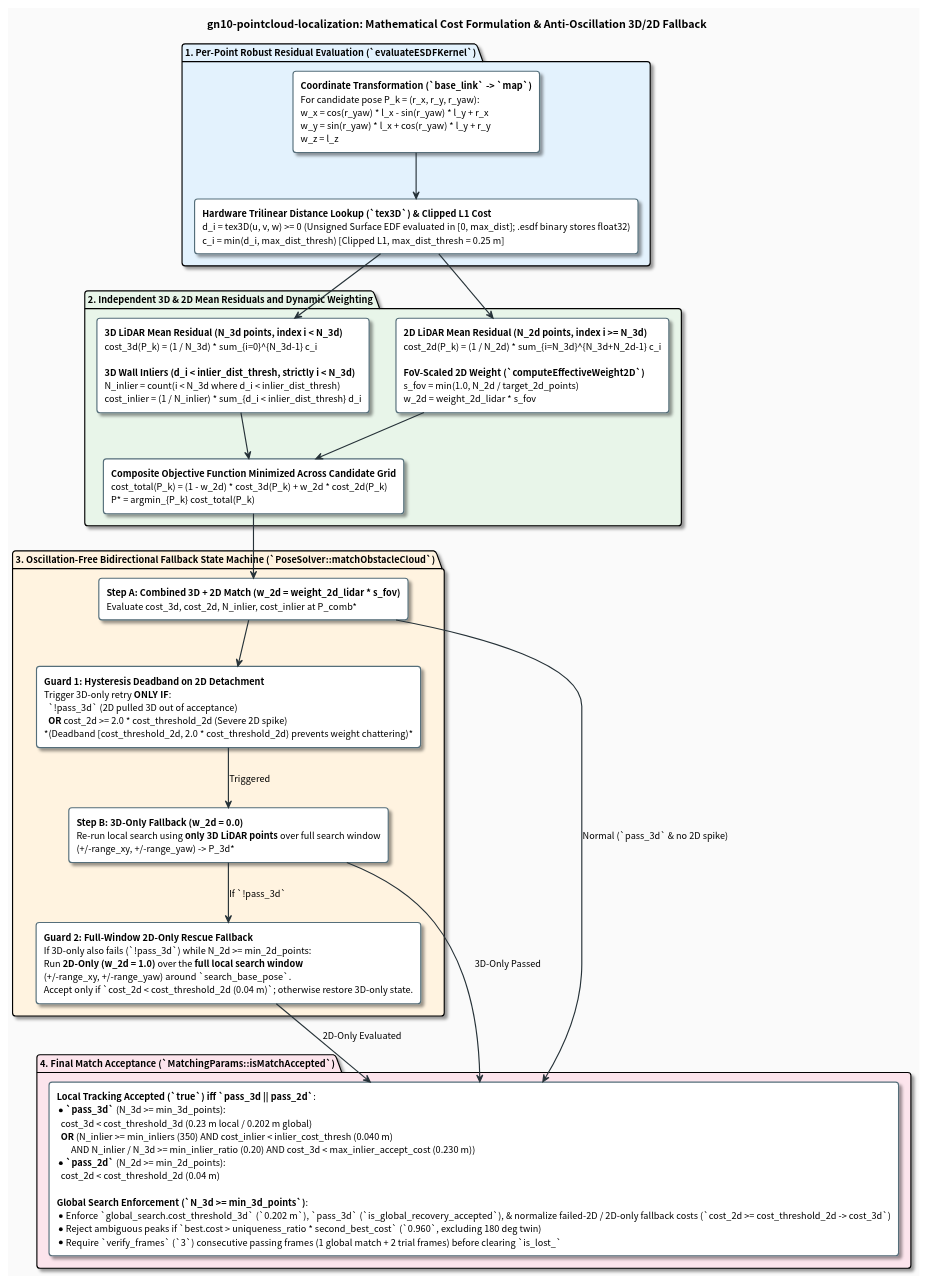
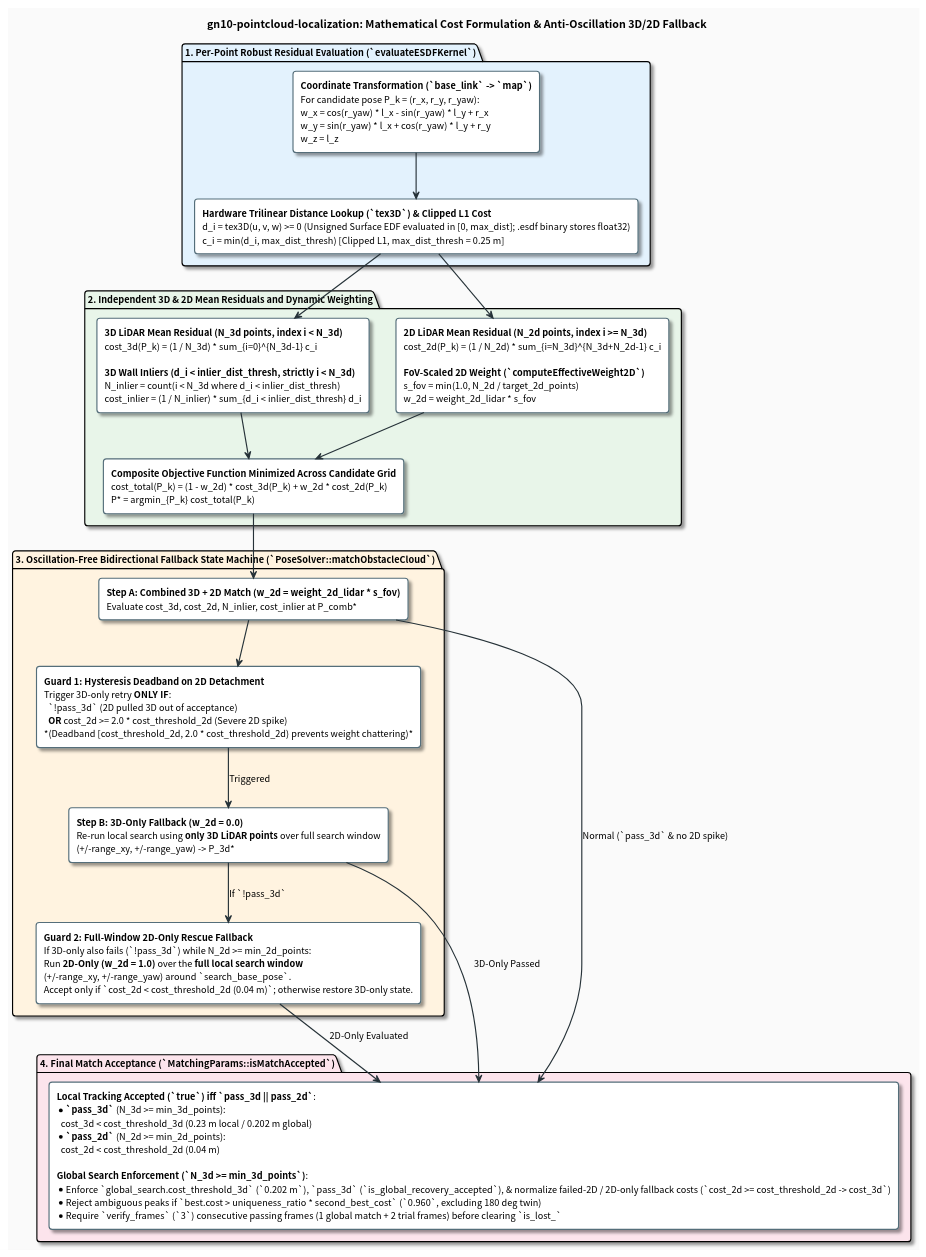
The diagram in docs/matching_cost_and_weighting.pu (tmcit-ararobo-2026a/gn10-pointcloud-localization), drawn with PlantUML before and after one commit. The commit also changed 14 other files, not shown here.

```diff
--- a/docs/matching_cost_and_weighting.pu
+++ b/docs/matching_cost_and_weighting.pu
@@ -1,70 +1,70 @@
 @startuml matching_cost_and_weighting
 skinparam backgroundColor #FAFAFA
 skinparam defaultFontName "Roboto, Noto Sans CJK JP, sans-serif"
 skinparam defaultFontSize 12
 skinparam roundCorner 8
 skinparam shadowing true
 skinparam ArrowColor #263238
 skinparam ArrowThickness 1.5
 
 skinparam rectangle {
     BackgroundColor #FFFFFF
     BorderColor #546E7A
     BorderThickness 1.5
 }
 
 skinparam note {
     BackgroundColor #FFF8E1
     BorderColor #FFB300
     FontColor #263238
 }
 
 title **gn10-pointcloud-localization: Mathematical Cost Formulation & Anti-Oscillation 3D/2D Fallback**
 
 package "1. Per-Point Robust Residual Evaluation (`evaluateESDFKernel`)" #E3F2FD {
     rectangle "**Coordinate Transformation (`base_link` -> `map`)**\nFor candidate pose P_k = (r_x, r_y, r_yaw):\nw_x = cos(r_yaw) * l_x - sin(r_yaw) * l_y + r_x\nw_y = sin(r_yaw) * l_x + cos(r_yaw) * l_y + r_y\nw_z = l_z" as TF_EQ
 
     rectangle "**Hardware Trilinear Distance Lookup (`tex3D`) & Clipped L1 Cost**\nd_i = tex3D(u, v, w) >= 0  (Unsigned Surface EDF evaluated in [0, max_dist]; .esdf binary stores float32)\nc_i = min(d_i, max_dist_thresh)  [Clipped L1, max_dist_thresh = 0.25 m]" as CLIP_EQ
 
     TF_EQ -down-> CLIP_EQ
 }
 
 package "2. Independent 3D & 2D Mean Residuals and Dynamic Weighting" #E8F5E9 {
     rectangle "**3D LiDAR Mean Residual (N_3d points, index i < N_3d)**\ncost_3d(P_k) = (1 / N_3d) * sum_{i=0}^{N_3d-1} c_i\n\n**3D Wall Inliers (d_i < inlier_dist_thresh, strictly i < N_3d)**\nN_inlier = count(i < N_3d where d_i < inlier_dist_thresh)\ncost_inlier = (1 / N_inlier) * sum_{d_i < inlier_dist_thresh} d_i" as COST_3D
 
     rectangle "**2D LiDAR Mean Residual (N_2d points, index i >= N_3d)**\ncost_2d(P_k) = (1 / N_2d) * sum_{i=N_3d}^{N_3d+N_2d-1} c_i\n\n**FoV-Scaled 2D Weight (`computeEffectiveWeight2D`)**\ns_fov = min(1.0, N_2d / target_2d_points)\nw_2d = weight_2d_lidar * s_fov" as COST_2D
 
     rectangle "**Composite Objective Function Minimized Across Candidate Grid**\ncost_total(P_k) = (1 - w_2d) * cost_3d(P_k) + w_2d * cost_2d(P_k)\nP* = argmin_{P_k} cost_total(P_k)" as COMP_EQ
 
     COST_3D -down-> COMP_EQ
     COST_2D -down-> COMP_EQ
 }
 
 CLIP_EQ -down-> COST_3D
 CLIP_EQ -down-> COST_2D
 
 package "3. Oscillation-Free Bidirectional Fallback State Machine (`PoseSolver::matchObstacleCloud`)" #FFF3E0 {
     rectangle "**Step A: Combined 3D + 2D Match (w_2d = weight_2d_lidar * s_fov)**\nEvaluate cost_3d, cost_2d, N_inlier, cost_inlier at P_comb*" as STEP_A
 
     rectangle "**Guard 1: Hysteresis Deadband on 2D Detachment**\nTrigger 3D-only retry **ONLY IF**:\n  `!pass_3d` (2D pulled 3D out of acceptance)\n  **OR** cost_2d >= 2.0 * cost_threshold_2d (Severe 2D spike)\n*(Deadband [cost_threshold_2d, 2.0 * cost_threshold_2d) prevents weight chattering)*" as GUARD_1
 
     rectangle "**Step B: 3D-Only Fallback (w_2d = 0.0)**\nRe-run local search using **only 3D LiDAR points** over full search window\n(+/-range_xy, +/-range_yaw) -> P_3d*" as STEP_B
 
     rectangle "**Guard 2: Full-Window 2D-Only Rescue Fallback**\nIf 3D-only also fails (`!pass_3d`) while N_2d >= min_2d_points:\nRun **2D-Only (w_2d = 1.0)** over the **full local search window**\n(+/-range_xy, +/-range_yaw) around `search_base_pose`.\nAccept only if `cost_2d < cost_threshold_2d (0.04 m)`; otherwise restore 3D-only state." as STEP_C
 
     STEP_A -down-> GUARD_1
     GUARD_1 -down-> STEP_B : Triggered
     STEP_B -down-> STEP_C : If `!pass_3d`
 }
 
 COMP_EQ -down-> STEP_A
 
 package "4. Final Match Acceptance (`MatchingParams::isMatchAccepted`)" #FCE4EC {
-    rectangle "**Local Tracking Accepted (`true`) iff `pass_3d || pass_2d`**:\n* **`pass_3d`** (N_3d >= min_3d_points):\n  cost_3d < cost_threshold_3d (0.23 m local / 0.202 m global)\n  **OR** (N_inlier >= min_inliers (350) AND cost_inlier < inlier_cost_thresh (0.040 m)\n       AND N_inlier / N_3d >= min_inlier_ratio (0.20) AND cost_3d < max_inlier_accept_cost (0.230 m))\n* **`pass_2d`** (N_2d >= min_2d_points):\n  cost_2d < cost_threshold_2d (0.04 m)\n\n**Global Search Enforcement (`N_3d >= min_3d_points`)**:\n* Enforce `global_search.cost_threshold_3d` (`0.202 m`), `pass_3d` (`is_global_recovery_accepted`), & normalize failed-2D / 2D-only fallback costs (`cost_2d >= cost_threshold_2d -> cost_3d`)\n* Reject ambiguous peaks if `best.cost > uniqueness_ratio * second_best_cost` (`0.960`, excluding 180 deg twin)\n* Require `verify_frames` (`3`) consecutive passing frames (1 global match + 2 trial frames) before clearing `is_lost_`" as FINAL_ACCEPT
+    rectangle "**Local Tracking Accepted (`true`) iff `pass_3d || pass_2d`**:\n* **`pass_3d`** (N_3d >= min_3d_points):\n  cost_3d < cost_threshold_3d (0.23 m local / 0.202 m global)\n* **`pass_2d`** (N_2d >= min_2d_points):\n  cost_2d < cost_threshold_2d (0.04 m)\n\n**Global Search Enforcement (`N_3d >= min_3d_points`)**:\n* Enforce `global_search.cost_threshold_3d` (`0.202 m`), `pass_3d` (`is_global_recovery_accepted`), & normalize failed-2D / 2D-only fallback costs (`cost_2d >= cost_threshold_2d -> cost_3d`)\n* Reject ambiguous peaks if `best.cost > uniqueness_ratio * second_best_cost` (`0.960`, excluding 180 deg twin)\n* Require `verify_frames` (`3`) consecutive passing frames (1 global match + 2 trial frames) before clearing `is_lost_`" as FINAL_ACCEPT
 }
 
 STEP_A -down-> FINAL_ACCEPT : Normal (`pass_3d` & no 2D spike)
 STEP_B -down-> FINAL_ACCEPT : 3D-Only Passed
 STEP_C -down-> FINAL_ACCEPT : 2D-Only Evaluated
 
 @enduml
```
